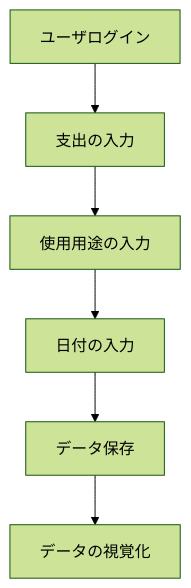
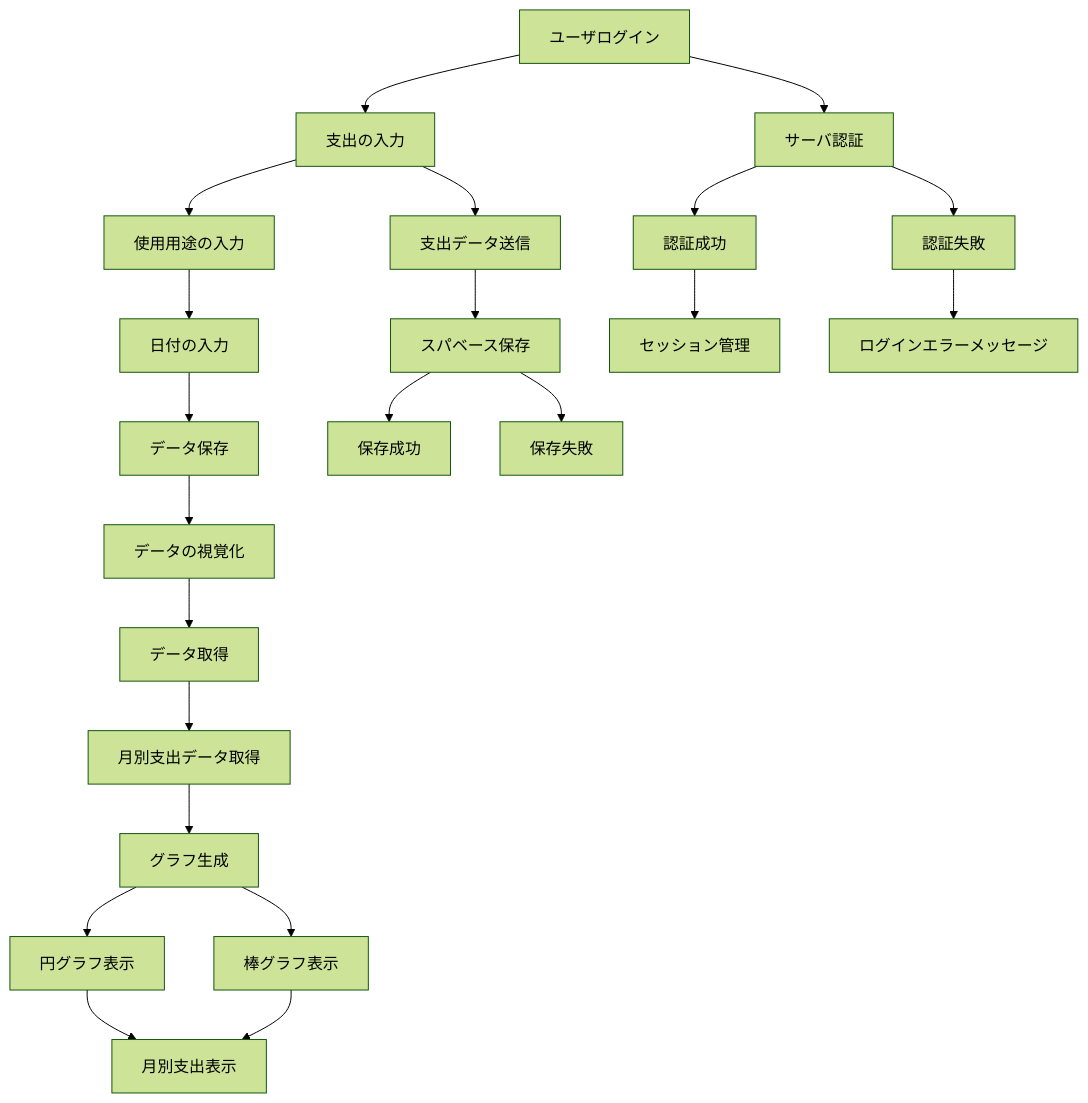
The diagram in docs/フロント.md (nanashiNiA/myexpensemanager-), drawn with Mermaid (forest theme) before and after one commit. The commit also changed other lines of this file, not shown here.

````diff
--- a/docs/フロント.md
+++ b/docs/フロント.md
@@ -78,8 +19,28 @@
 ```mermaid
-graph TD
+graph TD;
     A[ユーザログイン] --> B[支出の入力]
     B --> C[使用用途の入力]
     C --> D[日付の入力]
     D --> E[データ保存]
     E --> F[データの視覚化]
+    
+    A --> G[サーバ認証]
+    G --> H[認証成功]
+    G --> I[認証失敗]
+    H --> J[セッション管理]
+    I --> K[ログインエラーメッセージ]
+    
+    B --> L[支出データ送信]
+    L --> M[スパベース保存]
+    M --> N[保存成功]
+    M --> O[保存失敗]
+    
+    F --> P[データ取得]
+    P --> Q[月別支出データ取得]
+    Q --> R[グラフ生成]
+    R --> S[円グラフ表示]
+    R --> T[棒グラフ表示]
+    S --> U[月別支出表示]
+    T --> U
+
 ```
````
